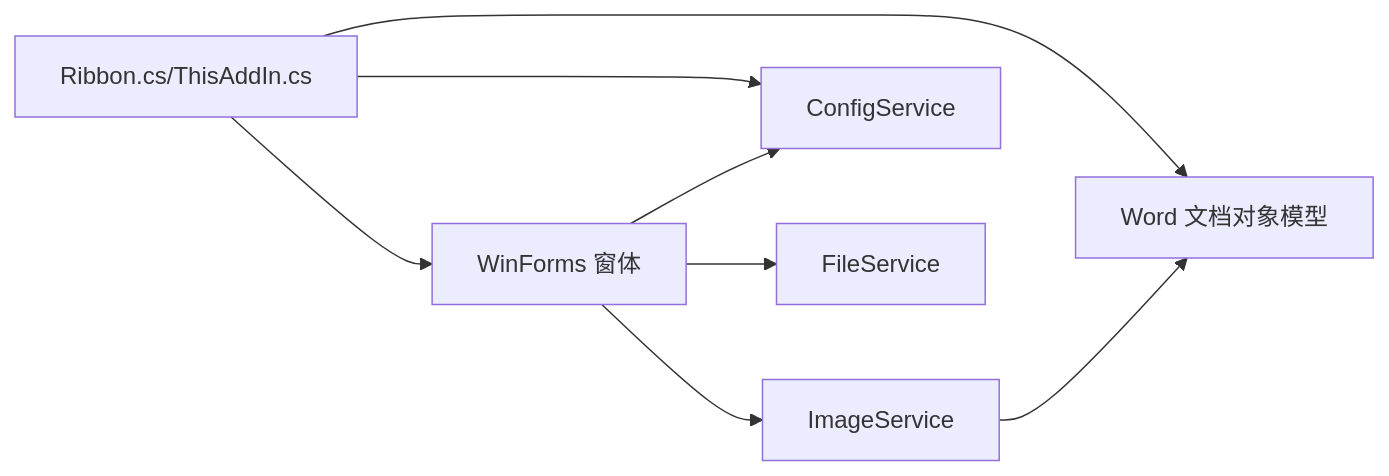
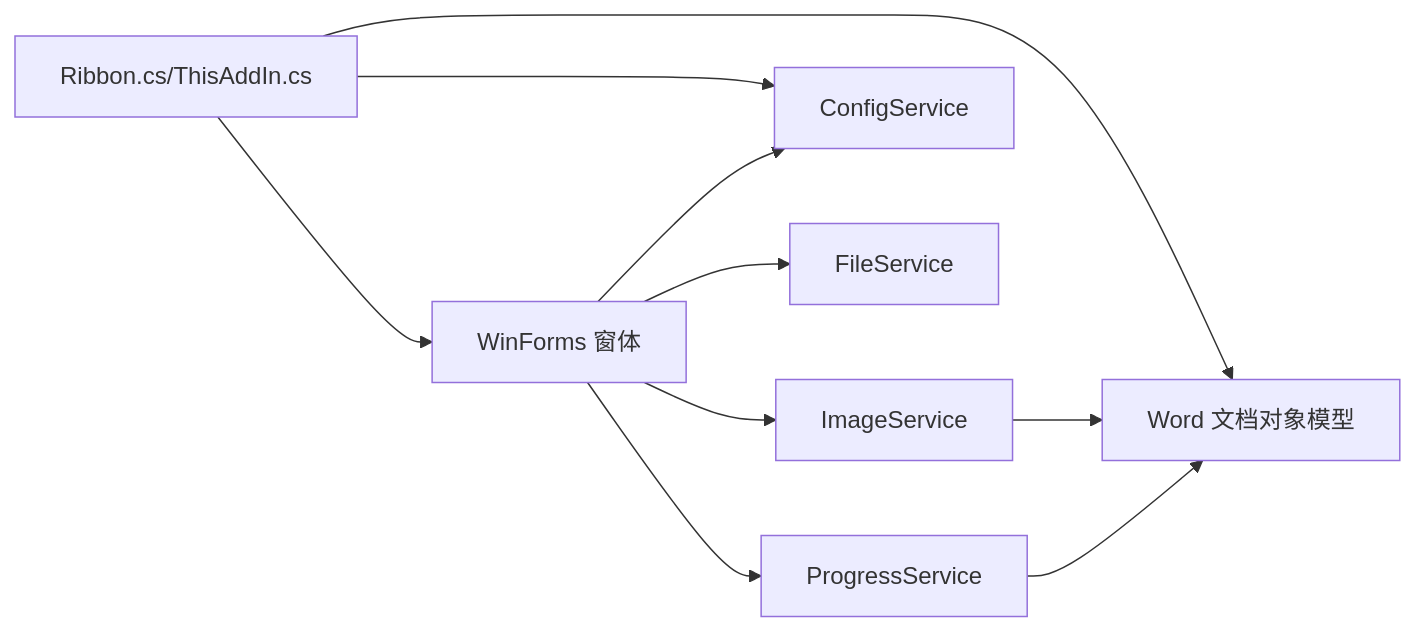
Before and after one commit to rainiva/WordTools: the eighth of 10 diagrams in .qoder/repowiki/zh/content/界面组件/界面组件.md, drawn with Mermaid. The commit also changed other lines of this file and 8 other files, not shown here.

Commit message:
perf: 大表格插图性能优化-清理编号与计算起始号瓶颈修复+诊断计时

````diff
--- a/.qoder/repowiki/zh/content/界面组件/界面组件.md
+++ b/.qoder/repowiki/zh/content/界面组件/界面组件.md
@@ -356,10 +384,12 @@
 ```mermaid
 graph LR
 Ribbon["Ribbon.cs/ThisAddIn.cs"] --> Doc["Word 文档对象模型"]
 Ribbon --> Config["ConfigService"]
 Ribbon --> Forms["WinForms 窗体"]
 Forms --> Config
 Forms --> FileSvc["FileService"]
 Forms --> ImgSvc["ImageService"]
+Forms --> Progress["ProgressService"]
 ImgSvc --> Doc
+Progress --> Doc
 ```
````
